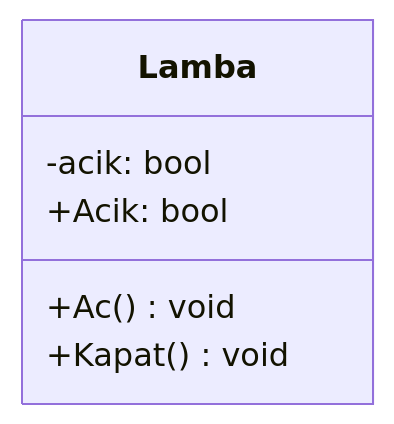
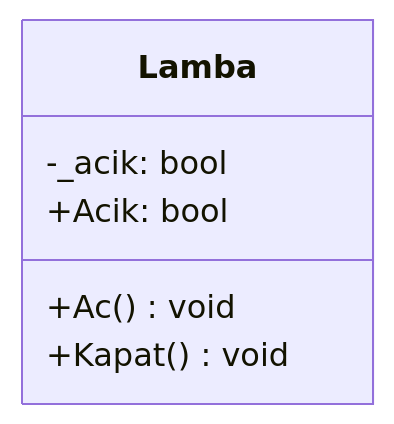
One commit to ibrahimayaz/Nesne-Yonelimli-Programlama-2025 changed the fourth of 5 diagrams in Hafta04/README.md. Above: the diagram before and after it, drawn with Mermaid. The commit also changed other lines of this file, not shown here.

````diff
--- a/Hafta04/README.md
+++ b/Hafta04/README.md
@@ -205,9 +228,9 @@
 ```mermaid
 classDiagram
     class Lamba {
-      -acik: bool
+      -_acik: bool
       +Acik: bool
       +Ac() void
       +Kapat() void
     }
 ```
````
